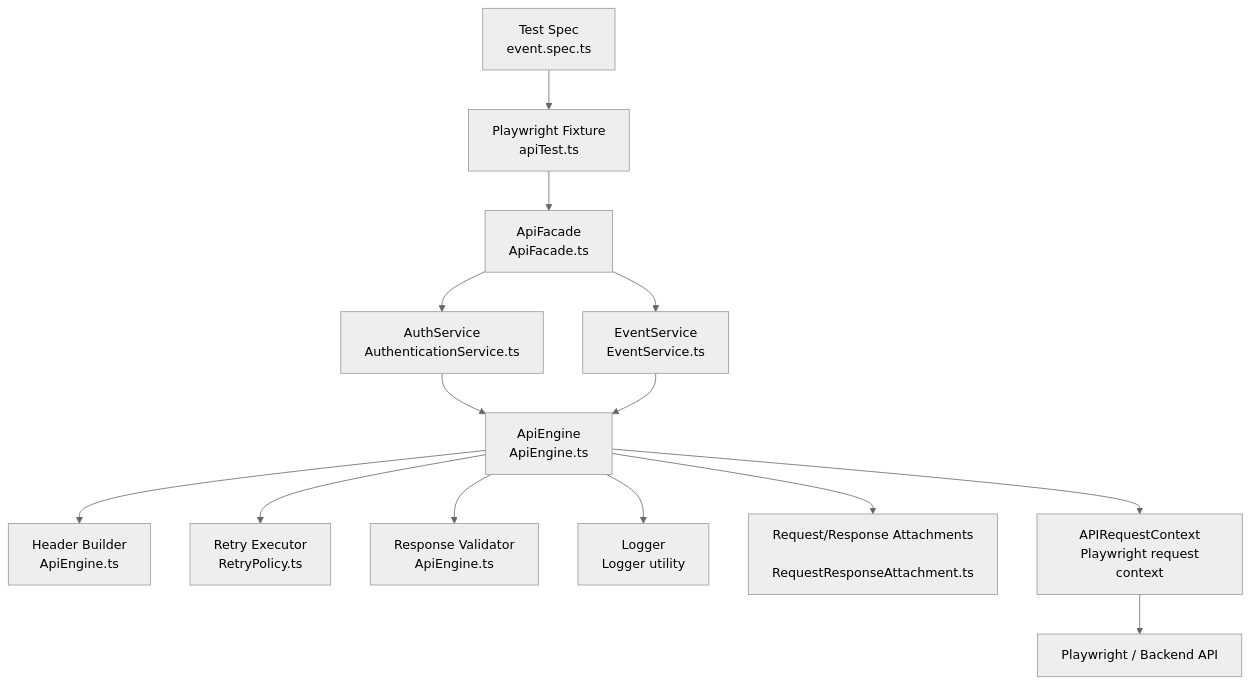
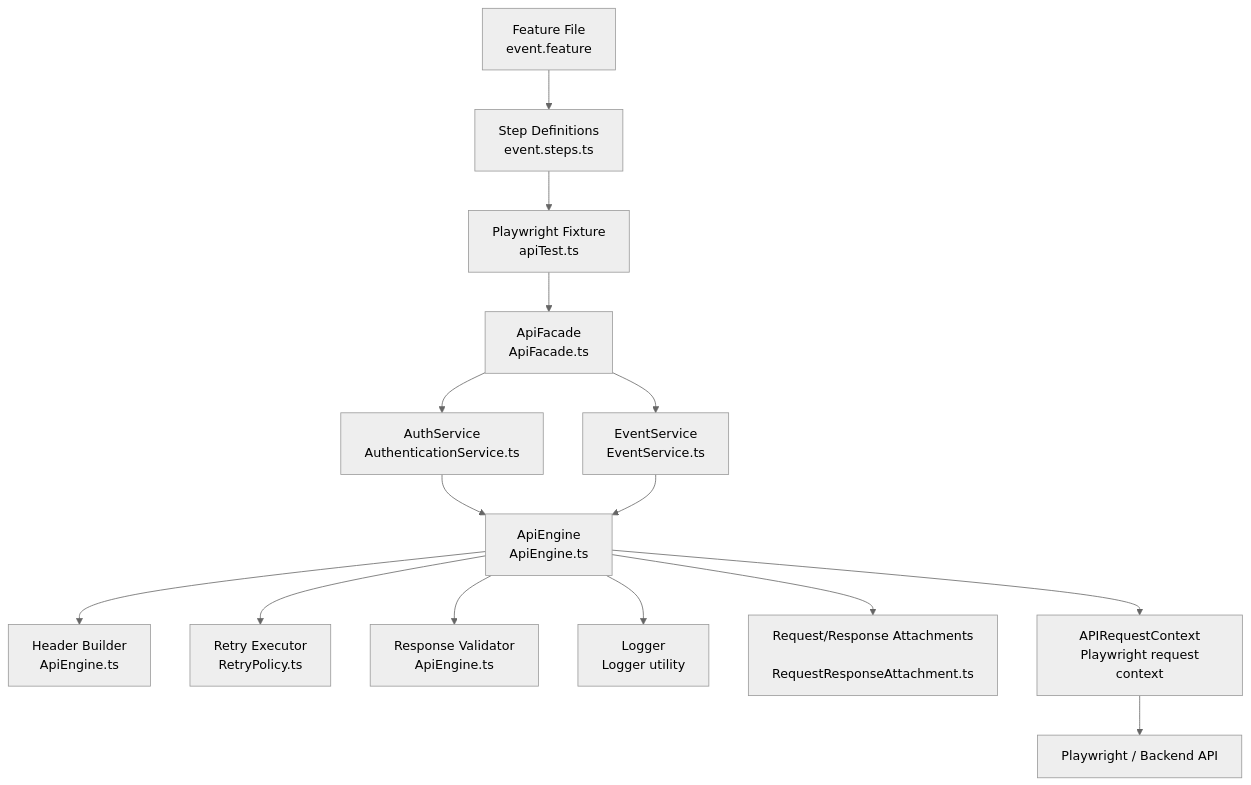
One commit to anudeep-gubba/playwright-framework changed the diagram in api.md. Above: the diagram before and after it, drawn with Mermaid (neutral theme). The commit also changed other lines of this file and 29 other files, not shown here.

````diff
--- a/api.md
+++ b/api.md
@@ -3,21 +3,22 @@
 ```mermaid
 flowchart TD
-    A[Test Spec\n event.spec.ts ] --> B[Playwright Fixture\n apiTest.ts ]
+    A0[Feature File\n event.feature ] --> A[Step Definitions\n event.steps.ts ]
+    A --> B[Playwright Fixture\n apiTest.ts ]
     B --> C[ApiFacade\n ApiFacade.ts ]
 
     C --> D[AuthService\n AuthenticationService.ts ]
     C --> E[EventService\n EventService.ts ]
 
     D --> G[ApiEngine\n ApiEngine.ts ]
     E --> G
 
     G --> H[Header Builder\n ApiEngine.ts ]
     G --> I[Retry Executor\n RetryPolicy.ts ]
     G --> J[Response Validator\n ApiEngine.ts ]
 
     G --> K[Logger\n Logger utility ]
     G --> L[Request/Response Attachments\n RequestResponseAttachment.ts ]
     G --> M[APIRequestContext\n Playwright request context ]
 
     M --> N[Playwright / Backend API]
 ```
````
